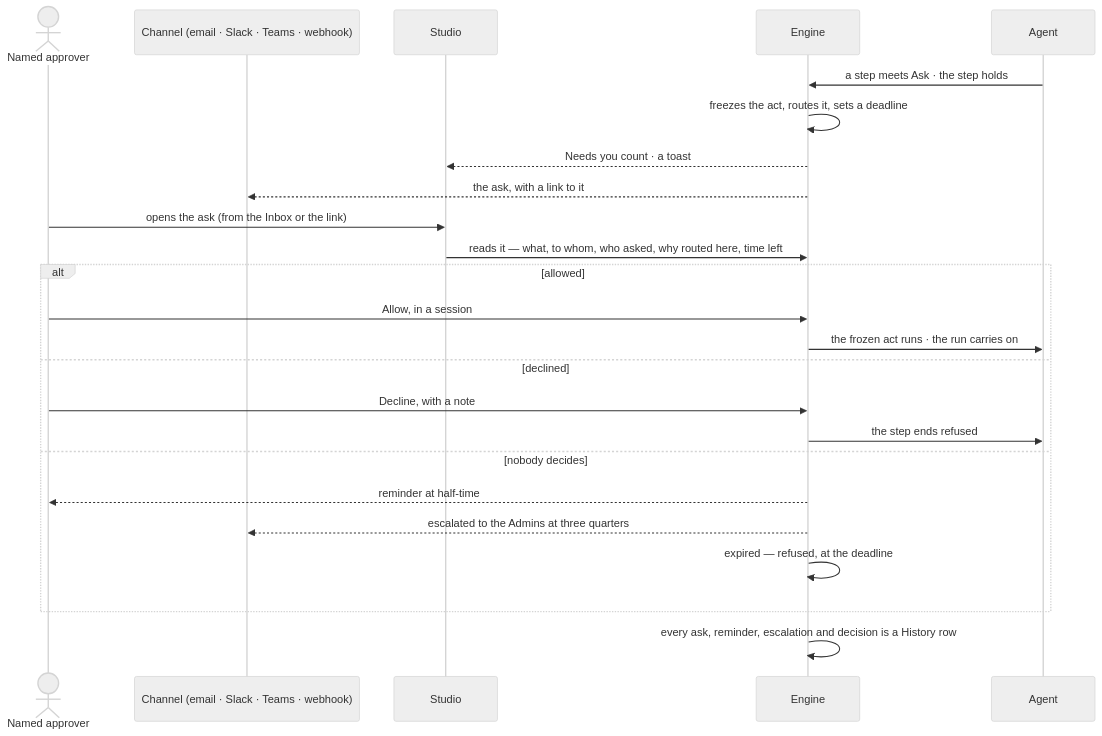
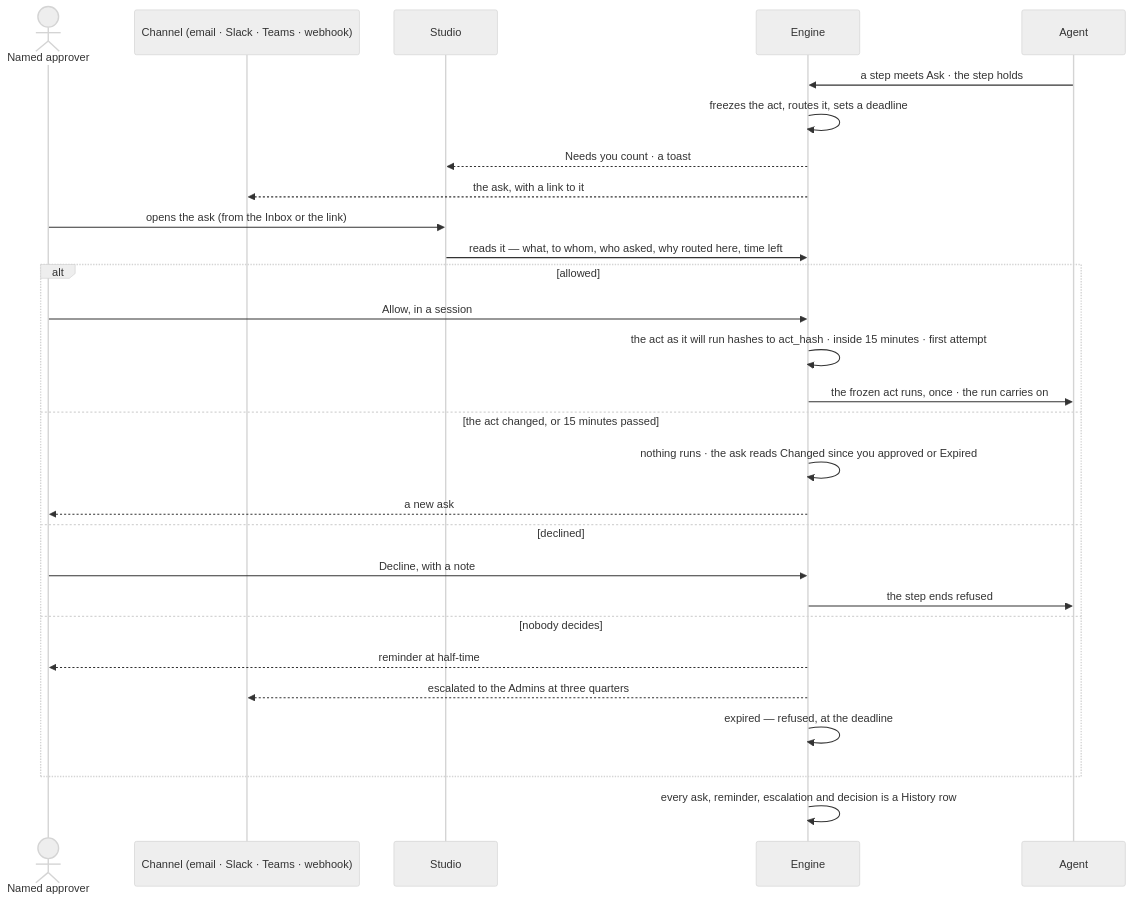
The second of 2 diagrams in specs/os/access/features/AC-F05-asks-and-approvals/feature.md (invana/invana), drawn with Mermaid (neutral theme) before and after one commit. The commit also changed other lines of this file and 13 other files, not shown here.

````diff
--- a/specs/os/access/features/AC-F05-asks-and-approvals/feature.md
+++ b/specs/os/access/features/AC-F05-asks-and-approvals/feature.md
@@ -47,26 +52,30 @@
 ```mermaid
 sequenceDiagram
   actor P as Named approver
   participant C as Channel (email · Slack · Teams · webhook)
   participant S as Studio
   participant E as Engine
   participant A as Agent
   A->>E: a step meets Ask · the step holds
   E->>E: freezes the act, routes it, sets a deadline
   E-->>S: Needs you count · a toast
   E-->>C: the ask, with a link to it
   P->>S: opens the ask (from the Inbox or the link)
   S->>E: reads it — what, to whom, who asked, why routed here, time left
   alt allowed
     P->>E: Allow, in a session
-    E->>A: the frozen act runs · the run carries on
+    E->>E: the act as it will run hashes to act_hash · inside 15 minutes · first attempt
+    E->>A: the frozen act runs, once · the run carries on
+  else the act changed, or 15 minutes passed
+    E->>E: nothing runs · the ask reads Changed since you approved or Expired
+    E-->>P: a new ask
   else declined
     P->>E: Decline, with a note
     E->>A: the step ends refused
   else nobody decides
     E-->>P: reminder at half-time
     E-->>C: escalated to the Admins at three quarters
     E->>E: expired — refused, at the deadline
   end
   E->>E: every ask, reminder, escalation and decision is a History row
 ```
````
